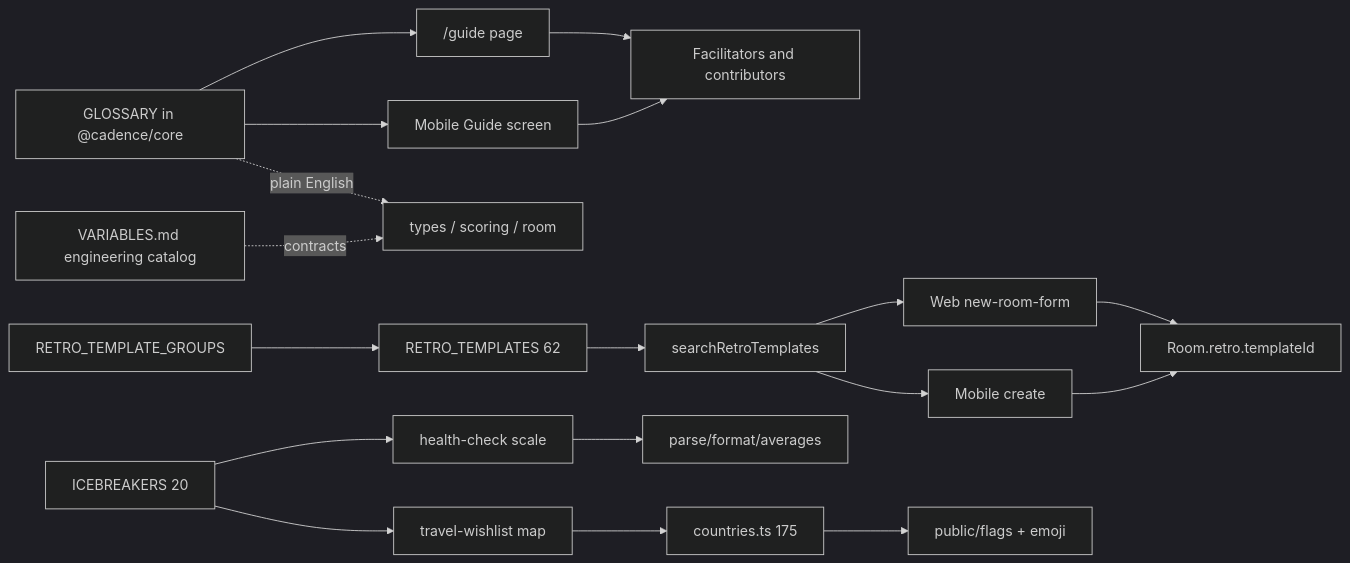
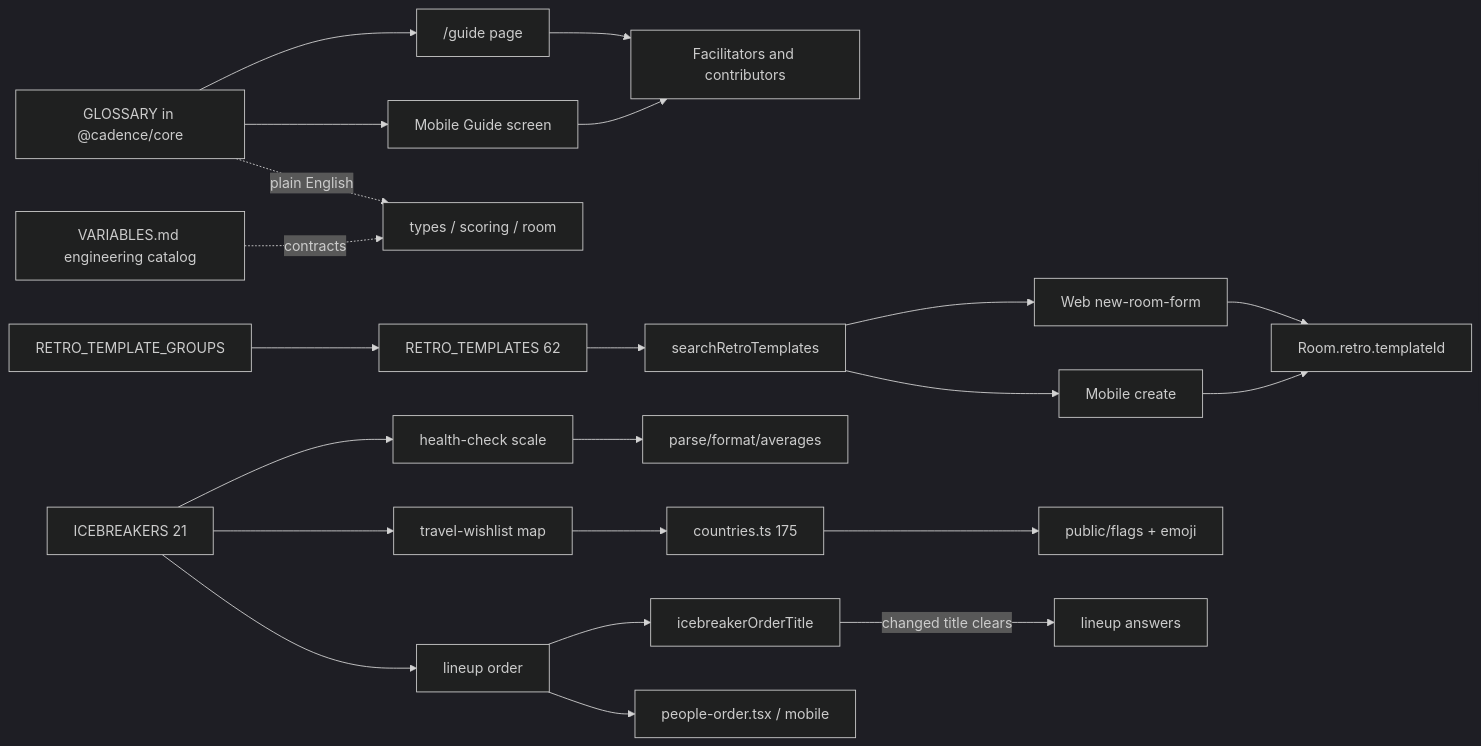
One commit to RifqiMT/pm-collaboration changed the third of 3 diagrams in docs/VARIABLES.md. Above: the diagram before and after it, drawn with Mermaid (dark theme). The commit also changed other lines of this file and 27 other files, not shown here.

First line of the commit message:
Add Lineup icebreaker and tidy obsolete icebreaker ops.

````diff
--- a/docs/VARIABLES.md
+++ b/docs/VARIABLES.md
@@ -411,20 +419,24 @@
 ```mermaid
 flowchart LR
   GLOSSARY[GLOSSARY in @cadence/core] --> WebGuide["/guide page"]
   GLOSSARY --> MobileGuide[Mobile Guide screen]
   WebGuide --> Users[Facilitators and contributors]
   MobileGuide --> Users
   VARIABLES[VARIABLES.md engineering catalog] -.->|contracts| CoreCode[types / scoring / room]
   GLOSSARY -.->|plain English| CoreCode
   Shelves[RETRO_TEMPLATE_GROUPS] --> Templates[RETRO_TEMPLATES 62]
   Templates --> Search[searchRetroTemplates]
   Search --> WebCreate[Web new-room-form]
   Search --> MobileCreate[Mobile create]
   WebCreate --> templateId[Room.retro.templateId]
   MobileCreate --> templateId
-  ICEBREAKERS[ICEBREAKERS 20] --> Scale[health-check scale]
+  ICEBREAKERS[ICEBREAKERS 21] --> Scale[health-check scale]
   ICEBREAKERS --> MapMode[travel-wishlist map]
+  ICEBREAKERS --> OrderMode[lineup order]
   Scale --> HealthFns[parse/format/averages]
   MapMode --> Countries[countries.ts 175]
   Countries --> Flags[public/flags + emoji]
+  OrderMode --> OrderTitle[icebreakerOrderTitle]
+  OrderTitle -->|changed title clears| LineupAnswers[lineup answers]
+  OrderMode --> PeopleOrderUI[people-order.tsx / mobile]
 ```
````
